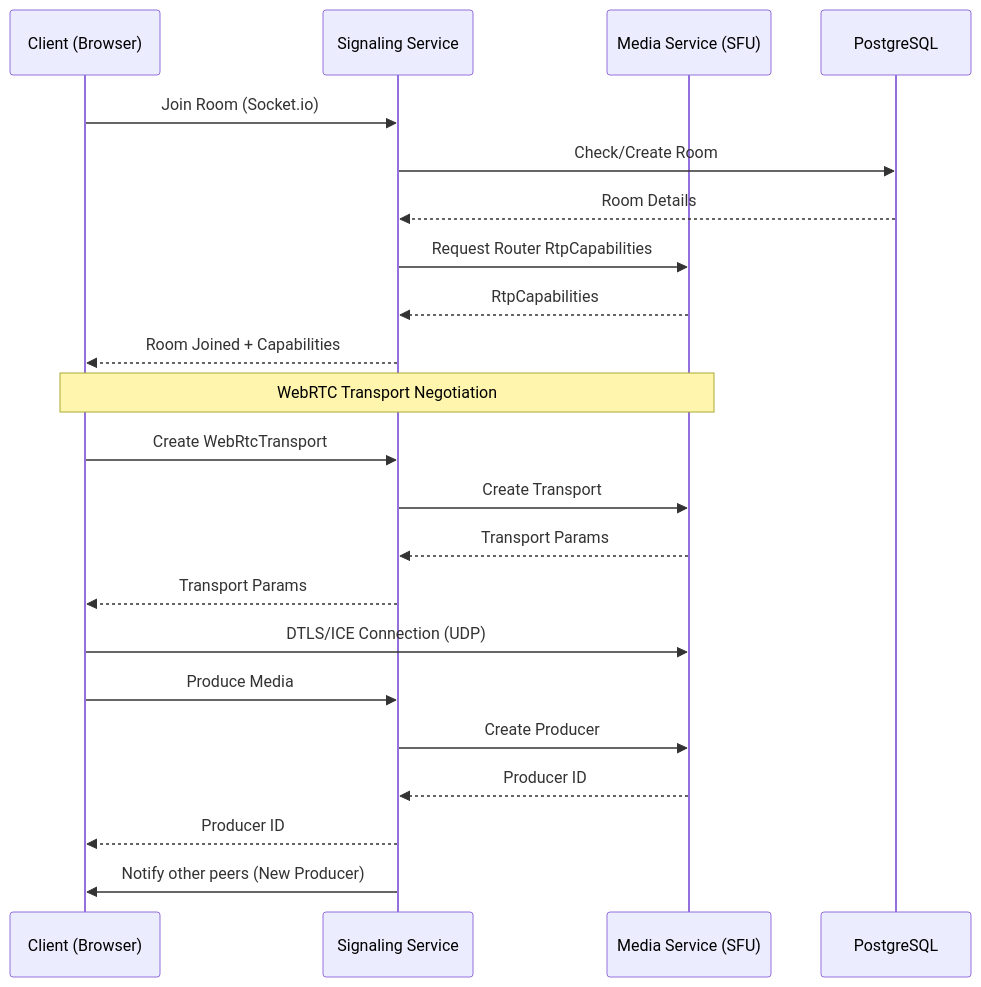
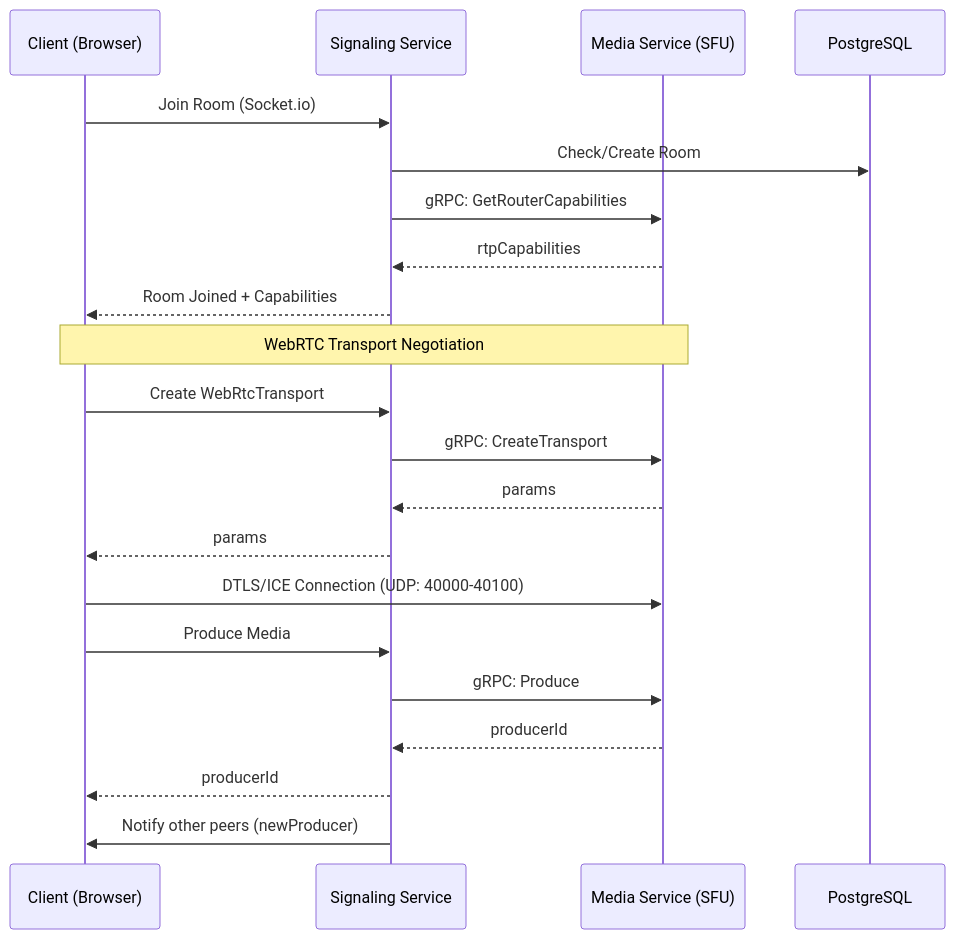
One commit to pappukrs/Realtime-vedio-call changed the second of 2 diagrams in Readme.md. Above: the diagram before and after it, drawn with Mermaid. The commit also changed other lines of this file and 11 other files, not shown here.

````diff
--- a/Readme.md
+++ b/Readme.md
@@ -39,27 +44,26 @@
 ```mermaid
 sequenceDiagram
     participant C as Client (Browser)
     participant S as Signaling Service
     participant M as Media Service (SFU)
     participant DB as PostgreSQL
 
     C->>S: Join Room (Socket.io)
     S->>DB: Check/Create Room
-    DB-->>S: Room Details
-    S->>M: Request Router RtpCapabilities
-    M-->>S: RtpCapabilities
+    S->>M: gRPC: GetRouterCapabilities
+    M-->>S: rtpCapabilities
     S-->>C: Room Joined + Capabilities
 
     Note over C,M: WebRTC Transport Negotiation
     C->>S: Create WebRtcTransport
-    S->>M: Create Transport
-    M-->>S: Transport Params
-    S-->>C: Transport Params
+    S->>M: gRPC: CreateTransport
+    M-->>S: params
+    S-->>C: params
     
-    C->>M: DTLS/ICE Connection (UDP)
+    C->>M: DTLS/ICE Connection (UDP: 40000-40100)
     C->>S: Produce Media
-    S->>M: Create Producer
-    M-->>S: Producer ID
-    S-->>C: Producer ID
-    S->>C: Notify other peers (New Producer)
+    S->>M: gRPC: Produce
+    M-->>S: producerId
+    S-->>C: producerId
+    S->>C: Notify other peers (newProducer)
 ```
````
